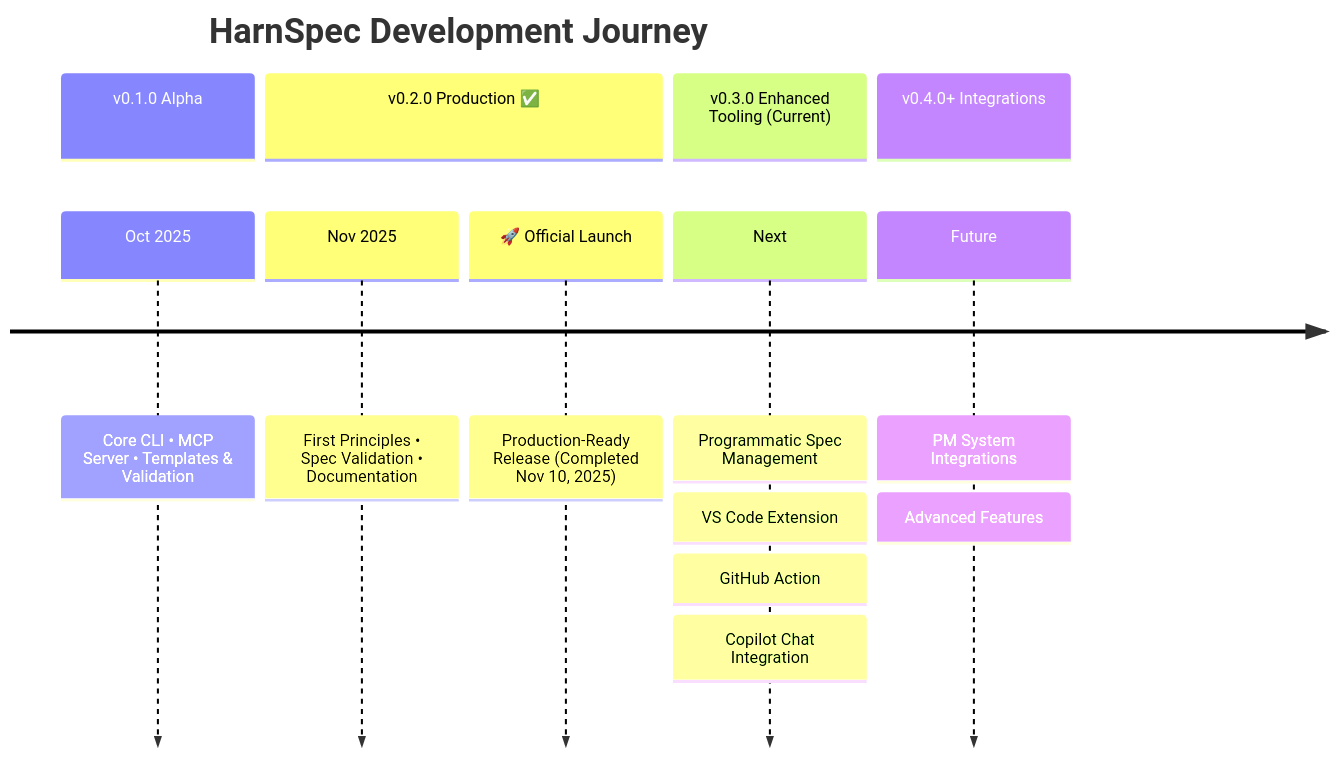
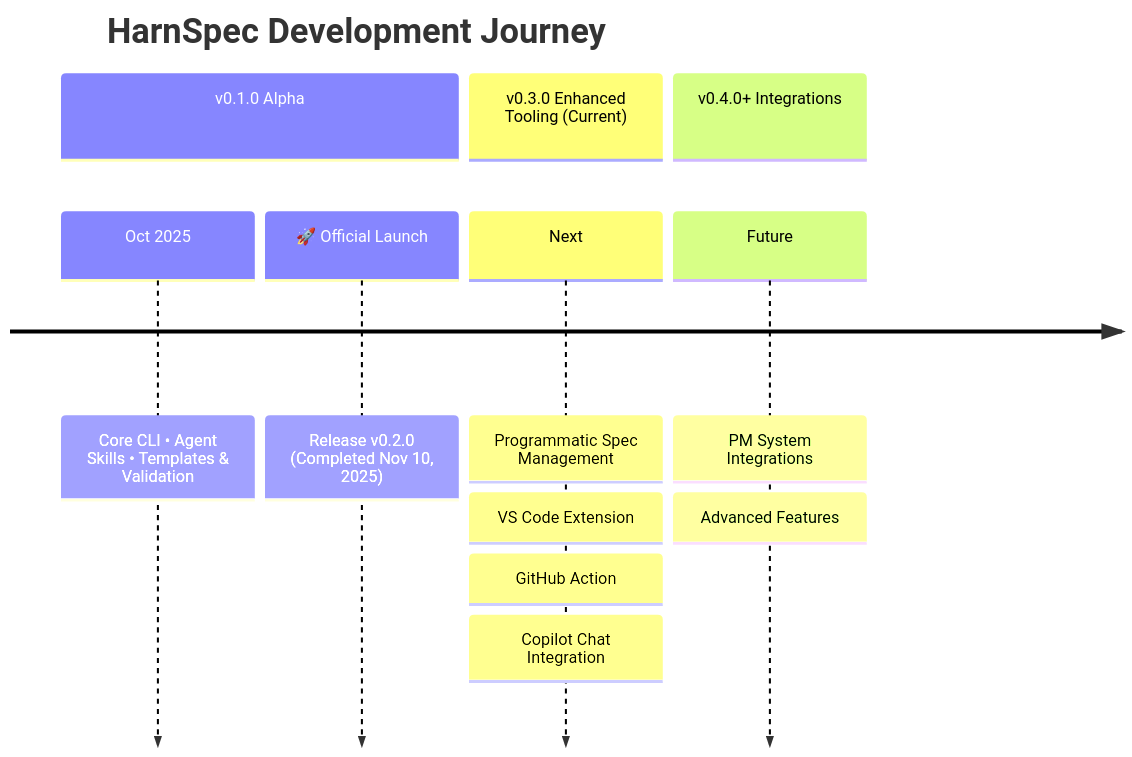
One commit to harnspec/harnspec changed the first of 2 diagrams in docs-site/i18n/en/docusaurus-plugin-content-docs/current/roadmap.mdx. Above: the diagram before and after it, drawn with Mermaid. The commit also changed other lines of this file and 48 other files, not shown here.

Commit message:
feat: add comprehensive documentation, CLI command references, and project management templates

````diff
--- a/docs-site/i18n/en/docusaurus-plugin-content-docs/current/roadmap.mdx
+++ b/docs-site/i18n/en/docusaurus-plugin-content-docs/current/roadmap.mdx
@@ -19,17 +19,15 @@
 ```mermaid
 timeline
     title HarnSpec Development Journey
     section v0.1.0 Alpha
-        Oct 2025 : Core CLI • MCP Server • Templates & Validation
-    section v0.2.0 Production ✅
-        Nov 2025 : First Principles • Spec Validation • Documentation
-        🚀 Official Launch : Production-Ready Release (Completed Nov 10, 2025)
+        Oct 2025 : Core CLI • Agent Skills • Templates & Validation
+        🚀 Official Launch : Release v0.2.0 (Completed Nov 10, 2025)
     section v0.3.0 Enhanced Tooling (Current)
         Next : Programmatic Spec Management
              : VS Code Extension
              : GitHub Action
              : Copilot Chat Integration
     section v0.4.0+ Integrations
         Future : PM System Integrations
                : Advanced Features
 ```
````
